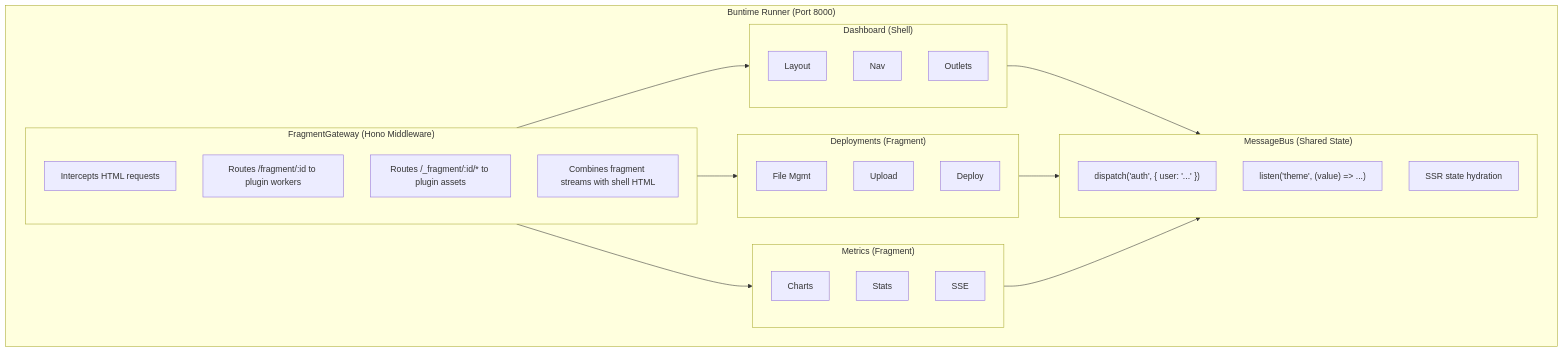
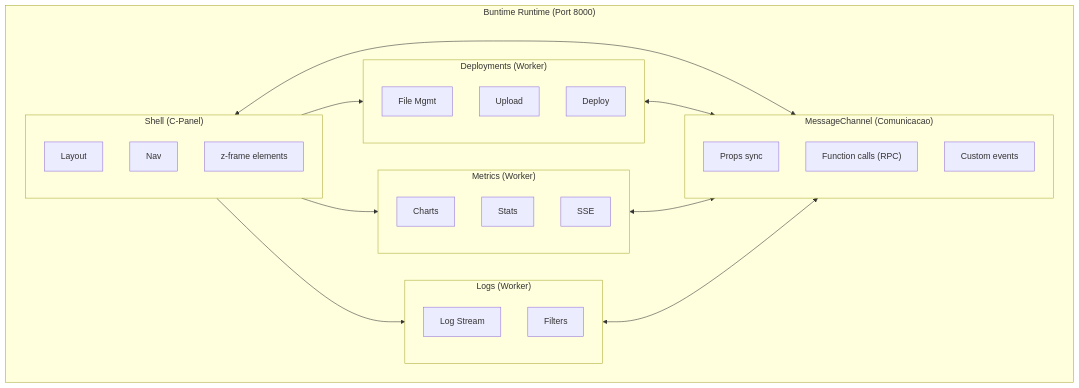
One commit to zommehq/buntime changed the first of 2 diagrams in apps/runtime/docs/micro-frontend-architecture.adoc. Above: the diagram before and after it, drawn with Mermaid. The commit also changed other lines of this file and 59 other files, not shown here.

First line of the commit message:
refactor: update plugin system and deployments UI components

```diff
--- a/apps/runtime/docs/micro-frontend-architecture.adoc
+++ b/apps/runtime/docs/micro-frontend-architecture.adoc
@@ -25,44 +23,43 @@
 [mermaid]
 ----
 flowchart TB
-    subgraph Runner["Buntime Runner (Port 8000)"]
-        subgraph Gateway["FragmentGateway (Hono Middleware)"]
-            G1["Intercepts HTML requests"]
-            G2["Routes /fragment/:id to plugin workers"]
-            G3["Routes /_fragment/:id/* to plugin assets"]
-            G4["Combines fragment streams with shell HTML"]
+    subgraph Runtime["Buntime Runtime (Port 8000)"]
+        subgraph Shell["Shell (C-Panel)"]
+            S1["Layout"]
+            S2["Nav"]
+            S3["z-frame elements"]
         end
 
-        Gateway --> Dashboard
-        Gateway --> Deployments
-        Gateway --> MetricsFrag
+        Shell --> Deployments
+        Shell --> MetricsFrag
+        Shell --> LogsFrag
 
-        subgraph Dashboard["Dashboard (Shell)"]
-            D1["Layout"]
-            D2["Nav"]
-            D3["Outlets"]
-        end
-
-        subgraph Deployments["Deployments (Fragment)"]
+        subgraph Deployments["Deployments (Worker)"]
             DF1["File Mgmt"]
             DF2["Upload"]
             DF3["Deploy"]
         end
 
-        subgraph MetricsFrag["Metrics (Fragment)"]
+        subgraph MetricsFrag["Metrics (Worker)"]
             MF1["Charts"]
             MF2["Stats"]
             MF3["SSE"]
         end
 
-        Dashboard --> MessageBus
-        Deployments --> MessageBus
-        MetricsFrag --> MessageBus
+        subgraph LogsFrag["Logs (Worker)"]
+            LF1["Log Stream"]
+            LF2["Filters"]
+        end
 
-        subgraph MessageBus["MessageBus (Shared State)"]
-            MB1["dispatch('auth', { user: '...' })"]
-            MB2["listen('theme', (value) => ...)"]
-            MB3["SSR state hydration"]
+        Shell <--> MessageChannel
+        Deployments <--> MessageChannel
+        MetricsFrag <--> MessageChannel
+        LogsFrag <--> MessageChannel
+
+        subgraph MessageChannel["MessageChannel (Comunicacao)"]
+            MC1["Props sync"]
+            MC2["Function calls (RPC)"]
+            MC3["Custom events"]
         end
     end
 ----
```
